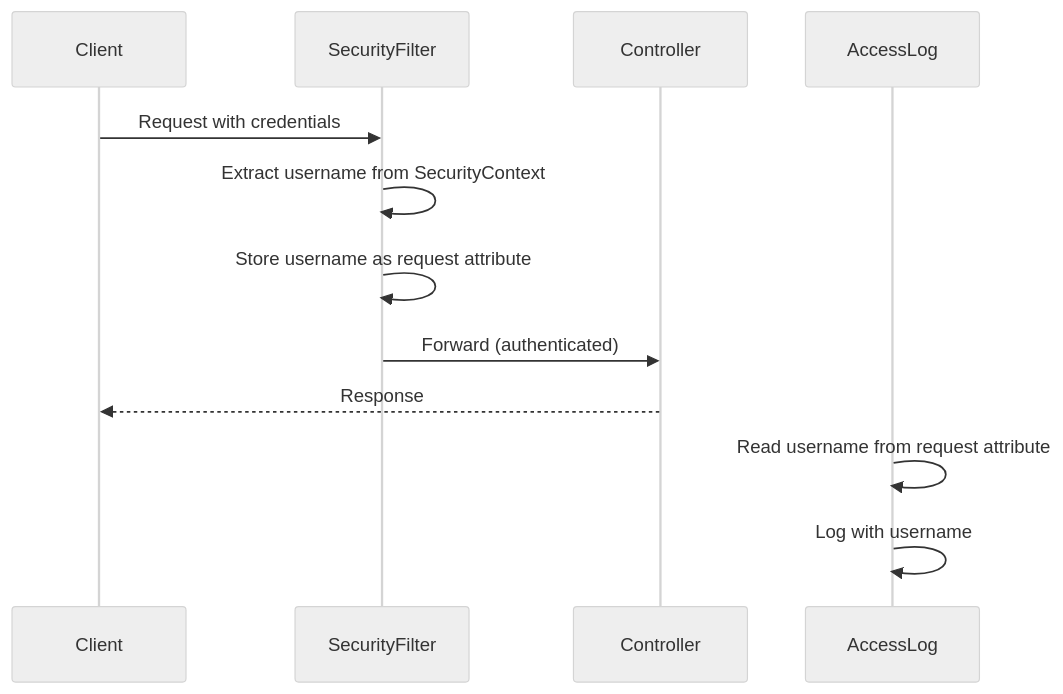
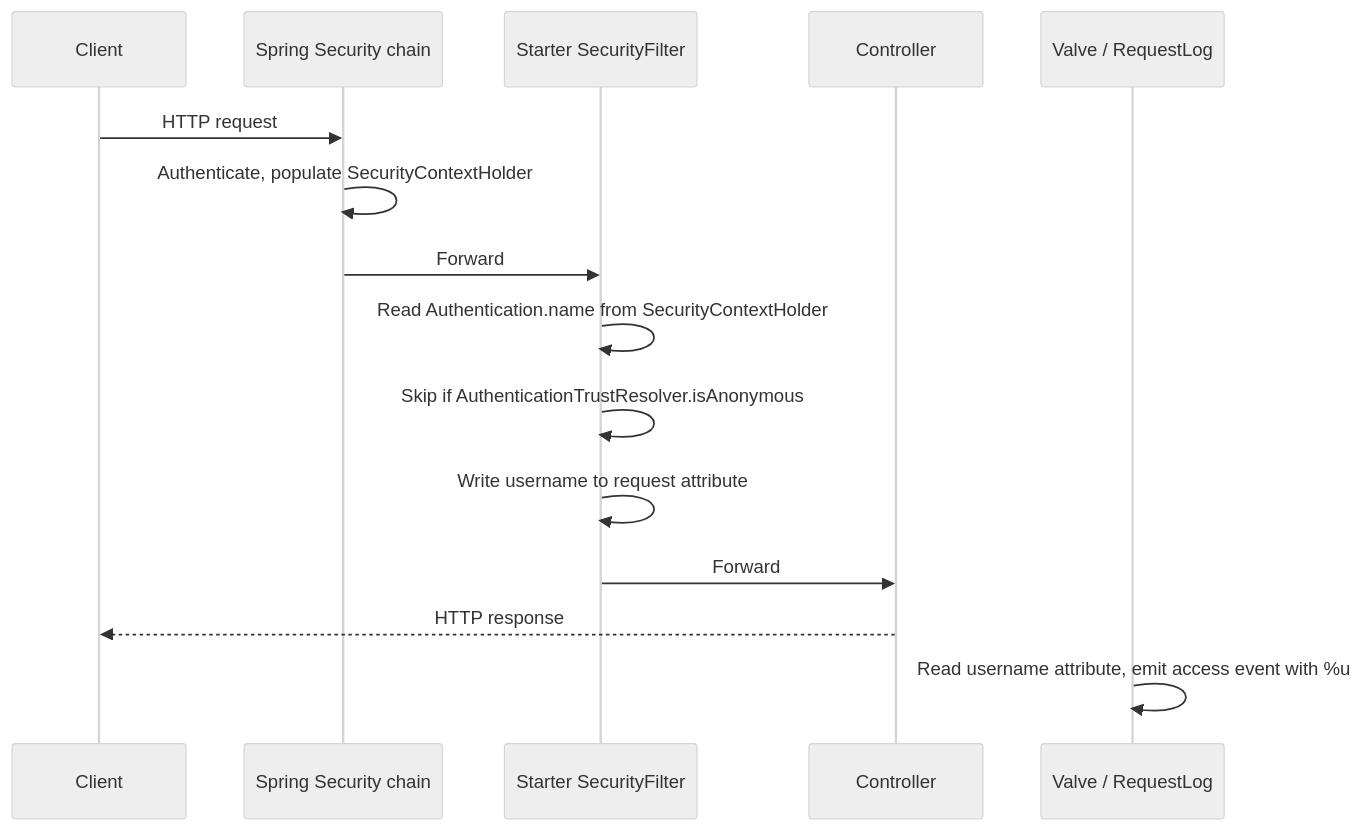
Before and after one commit to seijikohara/logback-access-spring-boot-starter: the third of 4 diagrams in README.md, drawn with Mermaid (neutral theme). The commit also changed other lines of this file and 19 other files, not shown here.

````diff
--- a/README.md
+++ b/README.md
@@ -183,15 +189,18 @@
 ```mermaid
 sequenceDiagram
     participant Client
-    participant SecurityFilter
+    participant SS as Spring Security chain
+    participant SF as Starter SecurityFilter
     participant Controller
-    participant AccessLog
+    participant AL as Valve / RequestLog
 
-    Client->>SecurityFilter: Request with credentials
-    SecurityFilter->>SecurityFilter: Extract username from SecurityContext
-    SecurityFilter->>SecurityFilter: Store username as request attribute
-    SecurityFilter->>Controller: Forward (authenticated)
-    Controller-->>Client: Response
-    AccessLog->>AccessLog: Read username from request attribute
-    AccessLog->>AccessLog: Log with username
+    Client->>SS: HTTP request
+    SS->>SS: Authenticate, populate SecurityContextHolder
+    SS->>SF: Forward
+    SF->>SF: Read Authentication.name from SecurityContextHolder
+    SF->>SF: Skip if AuthenticationTrustResolver.isAnonymous
+    SF->>SF: Write username to request attribute
+    SF->>Controller: Forward
+    Controller-->>Client: HTTP response
+    AL->>AL: Read username attribute, emit access event with %u
 ```
````
